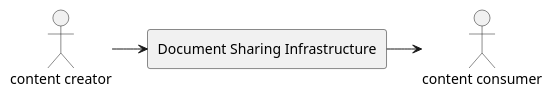
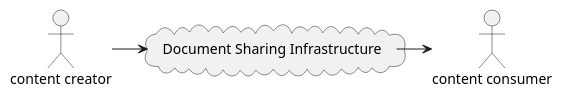
The diagram in input/images-source/umlFigure1.plantuml (IHE/ITI.MHD), drawn with PlantUML before and after one commit. The commit also changed 2 other files, not shown here.

```diff
--- a/input/images-source/umlFigure1.plantuml
+++ b/input/images-source/umlFigure1.plantuml
@@ -1,7 +1,7 @@
 @startuml
 actor "content creator" as creator
-agent "Document Sharing Infrastructure" as sharing
+cloud "Document Sharing Infrastructure" as sharing
 actor "content consumer" as consumer
 creator -> sharing
 sharing -> consumer
 @enduml
```
